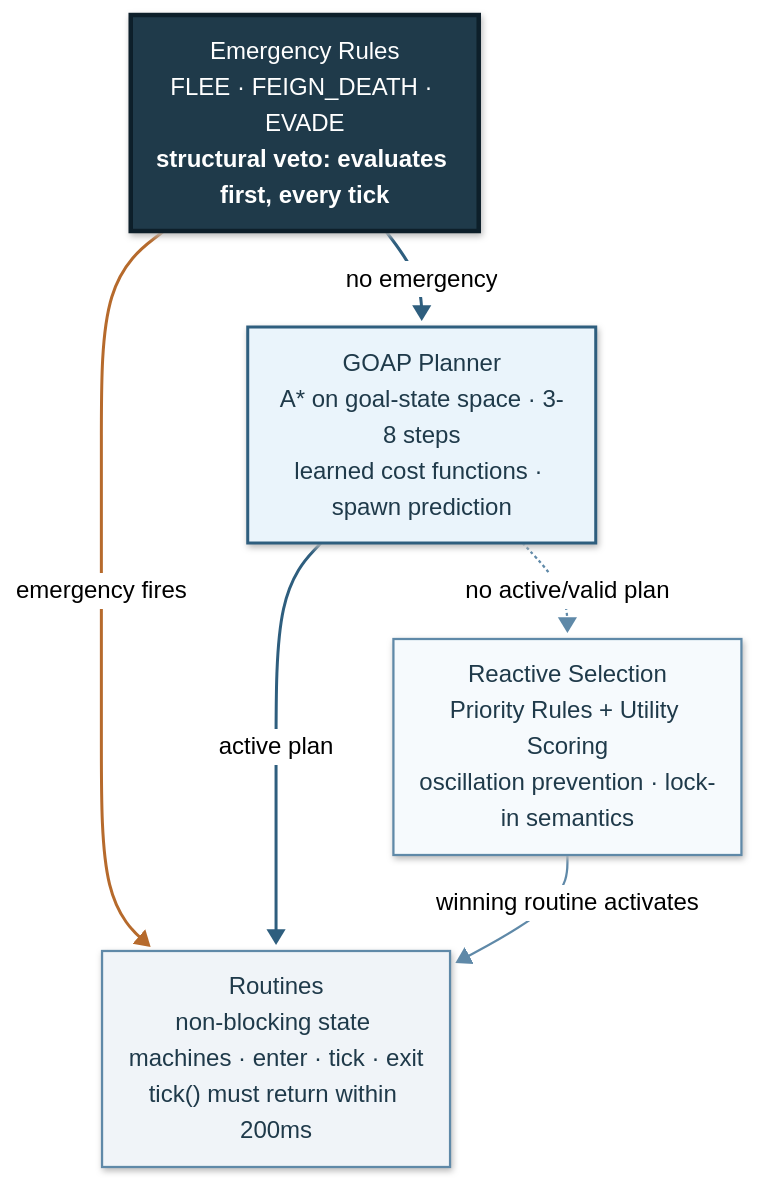
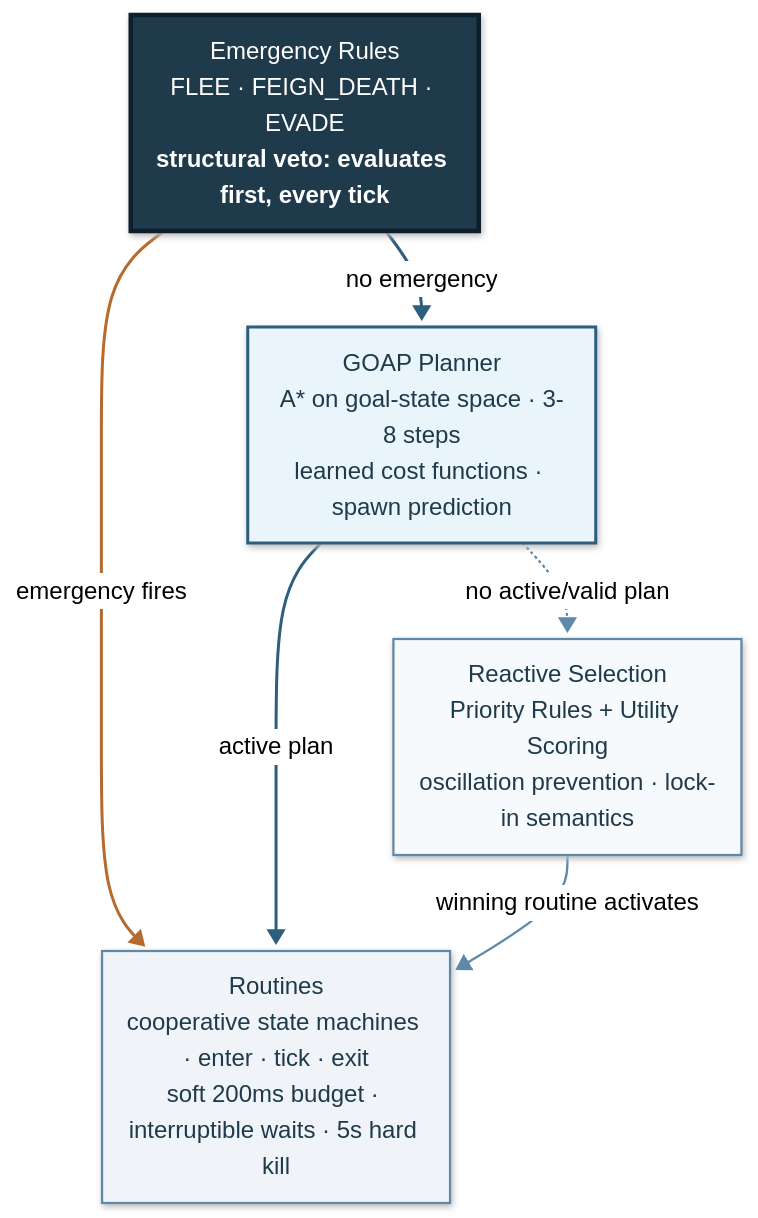
One commit to tmcarmichael/compass changed the second of 3 diagrams in docs/architecture.md. Above: the diagram before and after it, drawn with Mermaid. The commit also changed other lines of this file and 8 other files, not shown here.

````diff
--- a/docs/architecture.md
+++ b/docs/architecture.md
@@ -112,38 +112,38 @@
 ```mermaid
 ---
 config:
   look: neo
   theme: neutral
   flowchart:
     nodeSpacing: 60
     rankSpacing: 40
 ---
 flowchart TD
     ER["Emergency Rules<br/>FLEE · FEIGN_DEATH · EVADE<br/><b>structural veto: evaluates first, every tick</b>"]
 
     GP["GOAP Planner<br/>A* on goal-state space · 3-8 steps<br/>learned cost functions · spawn prediction"]
 
     PR["Reactive Selection<br/>Priority Rules + Utility Scoring<br/>oscillation prevention · lock-in semantics"]
 
-    RO["Routines<br/>non-blocking state machines · enter · tick · exit<br/>tick() must return within 200ms"]
+    RO["Routines<br/>cooperative state machines · enter · tick · exit<br/>soft 200ms budget · interruptible waits · 5s hard kill"]
 
     ER -->|"emergency fires"| RO
     ER -->|"no emergency"| GP
     GP -->|"active plan"| RO
     GP -.->|"no active/valid plan"| PR
     PR -->|"winning routine activates"| RO
 
     classDef emergency  fill:#1F3A4A,stroke:#0D1F2A,stroke-width:3px,color:#ffffff
     classDef planner    fill:#EAF4FB,stroke:#2E5E7E,stroke-width:2px,color:#1F3A4A
     classDef reactive   fill:#F6FAFD,stroke:#5F89A8,stroke-width:1.5px,color:#1F3A4A
     classDef execution  fill:#F0F4F8,stroke:#5F89A8,stroke-width:1.5px,color:#1F3A4A
 
     class ER emergency
     class GP planner
     class PR reactive
     class RO execution
 
     linkStyle 0 stroke:#B66A2C,stroke-width:2px
     linkStyle 1,2 stroke:#2E5E7E,stroke-width:2px
     linkStyle 3,4 stroke:#5F89A8,stroke-width:1.5px
 ```
````
